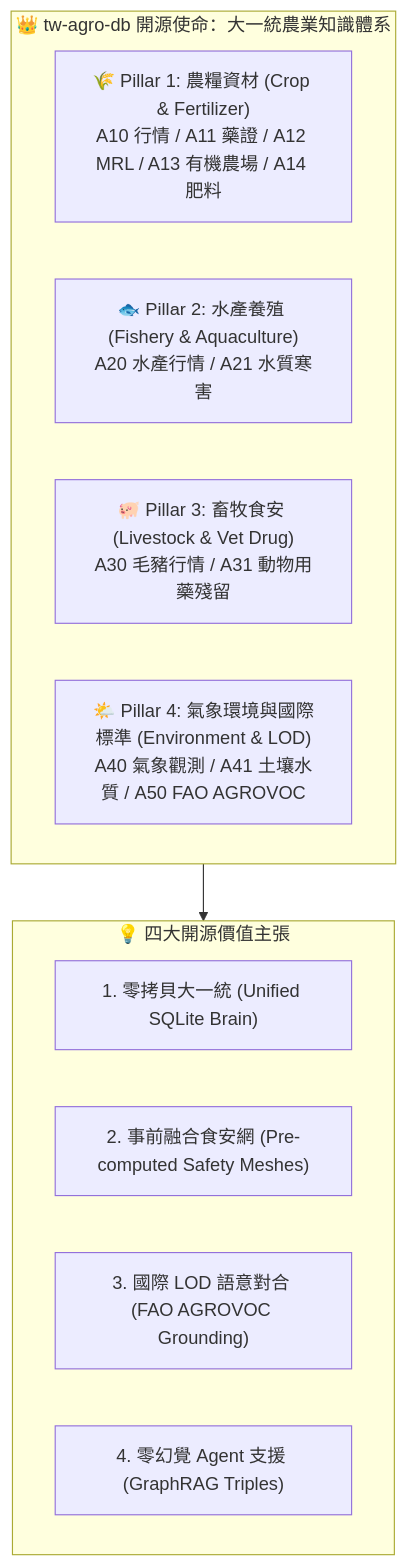
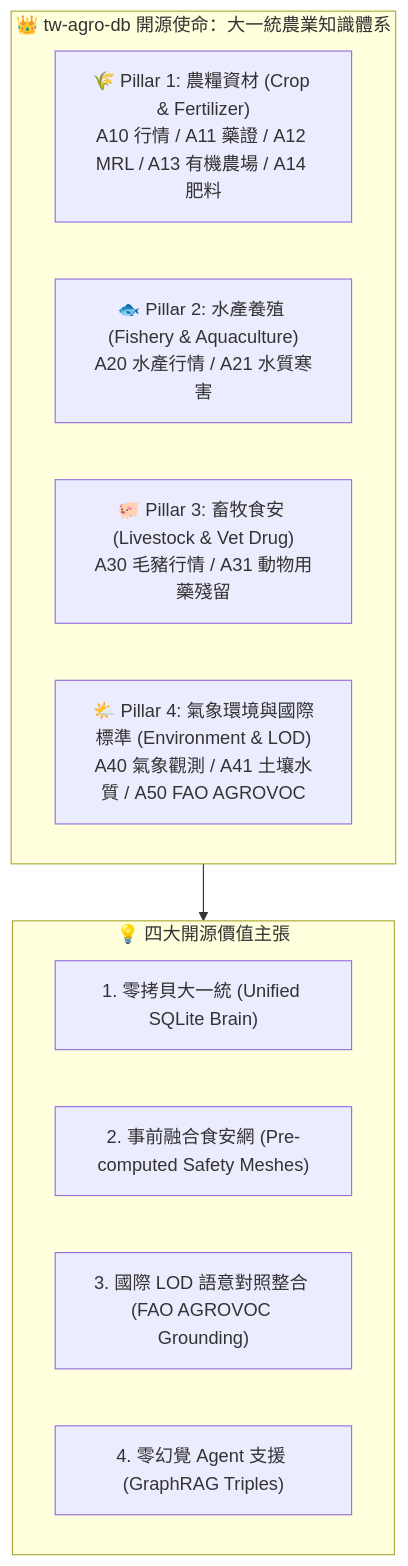
Before and after one commit to wuulong/tw-agro-db: the diagram in book/01_vision_and_mission.md, drawn with Mermaid. The commit also changed other lines of this file and 34 other files, not shown here.

````diff
--- a/book/01_vision_and_mission.md
+++ b/book/01_vision_and_mission.md
@@ -40,18 +40,18 @@
 ```mermaid
 flowchart TD
     subgraph Mission["👑 tw-agro-db 開源使命：大一統農業知識體系"]
         P1["🌾 Pillar 1: 農糧資材 (Crop & Fertilizer)<br/>A10 行情 / A11 藥證 / A12 MRL / A13 有機農場 / A14 肥料"]
         P2["🐟 Pillar 2: 水產養殖 (Fishery & Aquaculture)<br/>A20 水產行情 / A21 水質寒害"]
         P3["🐖 Pillar 3: 畜牧食安 (Livestock & Vet Drug)<br/>A30 毛豬行情 / A31 動物用藥殘留"]
         P4["🌤️ Pillar 4: 氣象環境與國際標準 (Environment & LOD)<br/>A40 氣象觀測 / A41 土壤水質 / A50 FAO AGROVOC"]
     end
 
     subgraph Value["💡 四大開源價值主張"]
         V1["1. 零拷貝大一統 (Unified SQLite Brain)"]
         V2["2. 事前融合食安網 (Pre-computed Safety Meshes)"]
-        V3["3. 國際 LOD 語意對合 (FAO AGROVOC Grounding)"]
+        V3["3. 國際 LOD 語意對照整合 (FAO AGROVOC Grounding)"]
         V4["4. 零幻覺 Agent 支援 (GraphRAG Triples)"]
     end
 
     Mission --> Value
 ```
````
